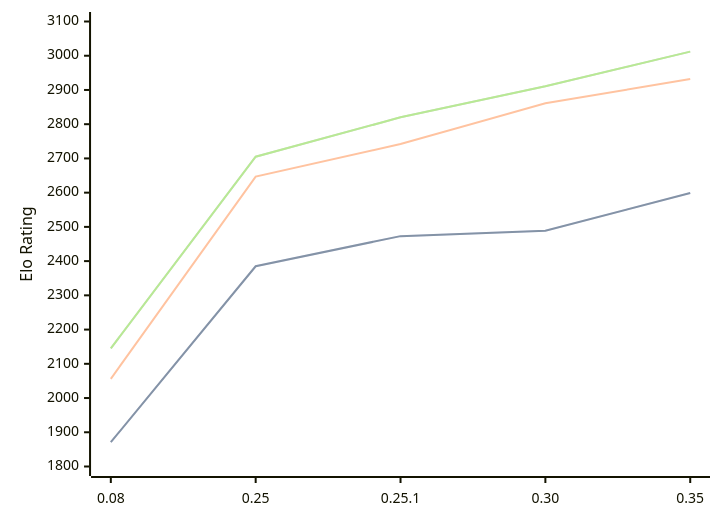
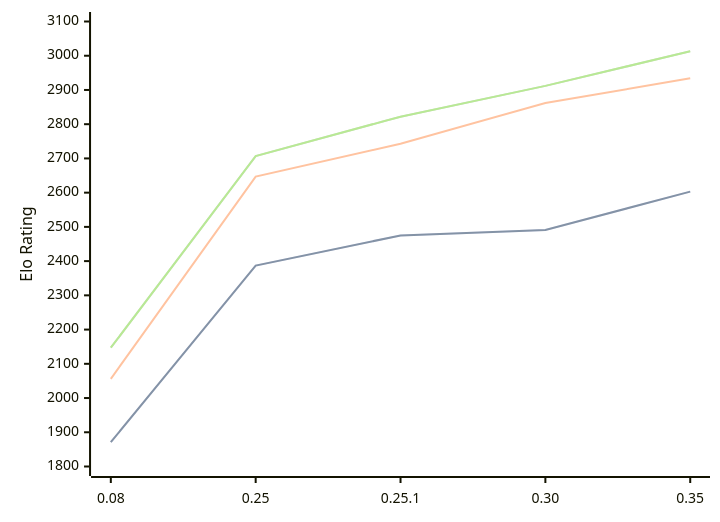
One commit to computer-chess-index/cci changed the diagram in engines/Gecko.md. Above: the diagram before and after it, drawn with Mermaid. The commit also changed other lines of this file, not shown here.

Commit message:
Update CCI Ratings (ELO VLTC) - 2026-06-11

````diff
--- a/engines/Gecko.md
+++ b/engines/Gecko.md
@@ -35,11 +35,11 @@
 ```mermaid
 %%{init: {"theme":"base","themeVariables":{"seriesColors:['#a3a3a3','#222221','#faa371']}}}%%
 xychart-beta
   x-axis ["0.08", "0.25", "0.25.1", "0.30", "0.35"]
   y-axis "Elo Rating" 1800 --> 3100
-  line "STC (8.0+0.08s)" [1871, 2385, 2473, 2489, 2599]
-  line "STC (8.0+0.08s)" [1871, 2385, 2473, 2489, 2599]
-  line "LTC (60.0+0.60s)" [2056, 2647, 2742, 2861, 2932]
-  line "VLTC (2m24s+1.12s)" [2145, 2705, 2820, 2911, 3012]
-  line "VLTC (2m24s+1.12s)" [2145, 2705, 2820, 2911, 3012]
+  line "STC (8.0+0.08s)" [1871, 2387, 2475, 2491, 2603]
+  line "STC (8.0+0.08s)" [1871, 2387, 2475, 2491, 2603]
+  line "LTC (60.0+0.60s)" [2056, 2647, 2743, 2862, 2934]
+  line "VLTC (2m24s+1.12s)" [2147, 2707, 2822, 2912, 3013]
+  line "VLTC (2m24s+1.12s)" [2147, 2707, 2822, 2912, 3013]
 ```
````
